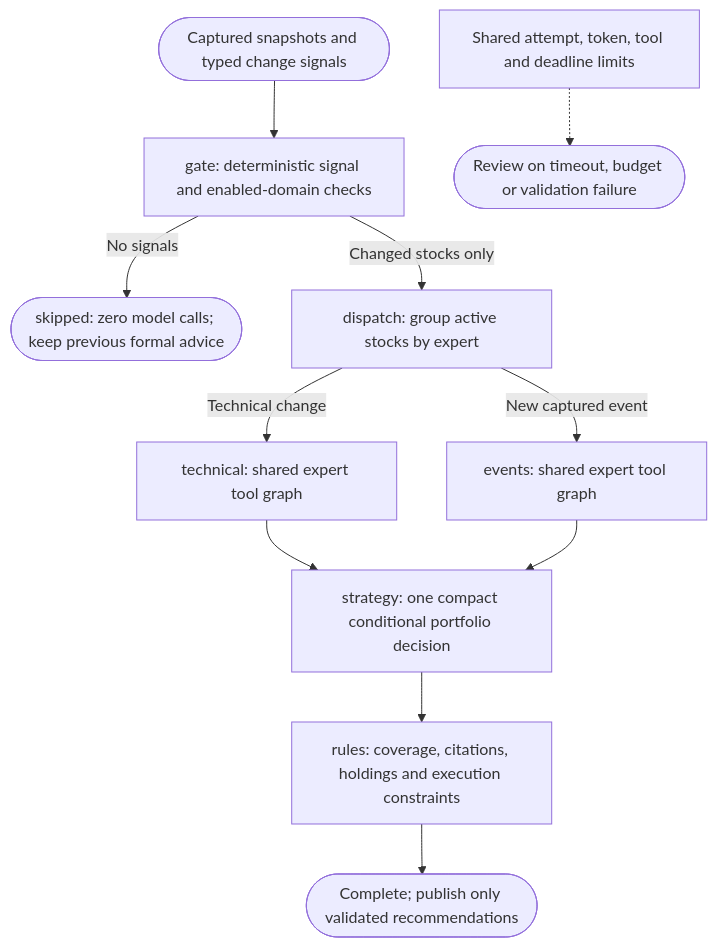
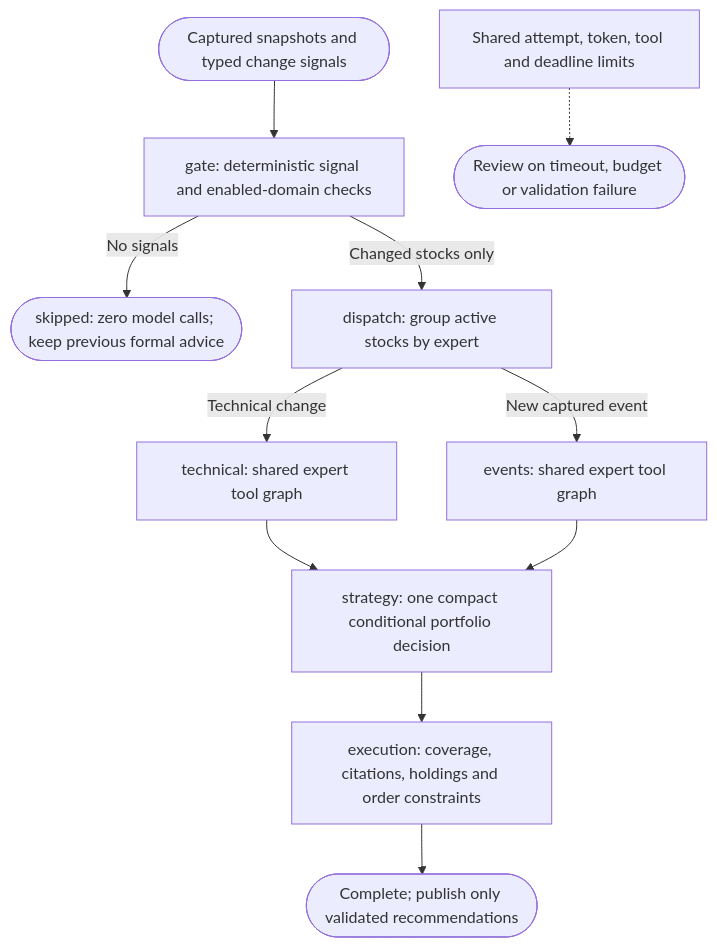
The fifth of 5 diagrams in packages/pan-investment-research/README.md (TNT-Likely/PanWatch), drawn with Mermaid before and after one commit. The commit also changed other lines of this file and 47 other files, not shown here.

````diff
--- a/packages/pan-investment-research/README.md
+++ b/packages/pan-investment-research/README.md
@@ -191,14 +191,14 @@
 ```mermaid
 flowchart TD
     START(["Captured snapshots and typed change signals"]) --> GATE["gate: deterministic signal and enabled-domain checks"]
     GATE -->|"No signals"| SKIP(["skipped: zero model calls; keep previous formal advice"])
     GATE -->|"Changed stocks only"| DISPATCH["dispatch: group active stocks by expert"]
     DISPATCH -->|"Technical change"| TECH["technical: shared expert tool graph"]
     DISPATCH -->|"New captured event"| EVENT["events: shared expert tool graph"]
     TECH --> STRATEGY["strategy: one compact conditional portfolio decision"]
     EVENT --> STRATEGY
-    STRATEGY --> RULES["rules: coverage, citations, holdings and execution constraints"]
+    STRATEGY --> RULES["execution: coverage, citations, holdings and order constraints"]
     RULES --> DONE(["Complete; publish only validated recommendations"])
     GUARD["Shared attempt, token, tool and deadline limits"]
     GUARD -.-> REVIEW(["Review on timeout, budget or validation failure"])
 ```
````
